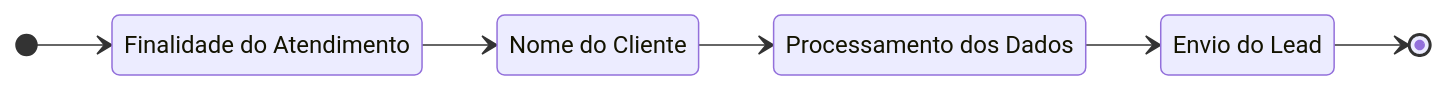
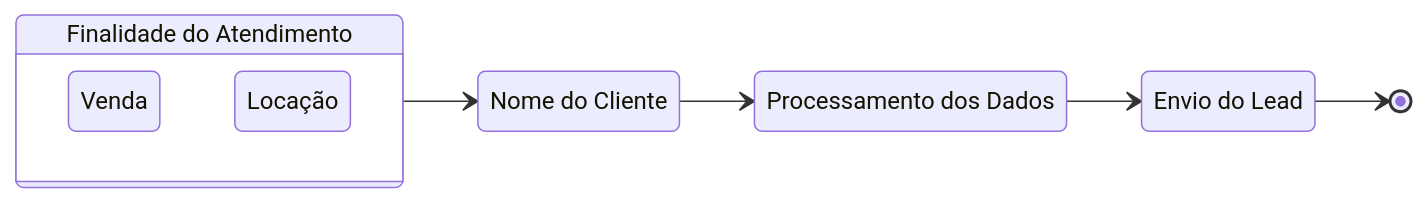
One commit to pepeleascov/cmsouza changed the diagram in readme.md. Above: the diagram before and after it, drawn with Mermaid.

````diff
--- a/readme.md
+++ b/readme.md
@@ -122,13 +122,18 @@
 ```mermaid
 stateDiagram
     1: Finalidade do Atendimento
+    v: Venda
+    l: Locação
     2: Nome do Cliente
     3: Processamento dos Dados
     4: Envio do Lead
     direction LR
-    [*] --> 1
+    state 1 {
+        v
+        l
+    }
     1 --> 2
     2 --> 3
     3 --> 4
     4 --> [*]
 ```
````
